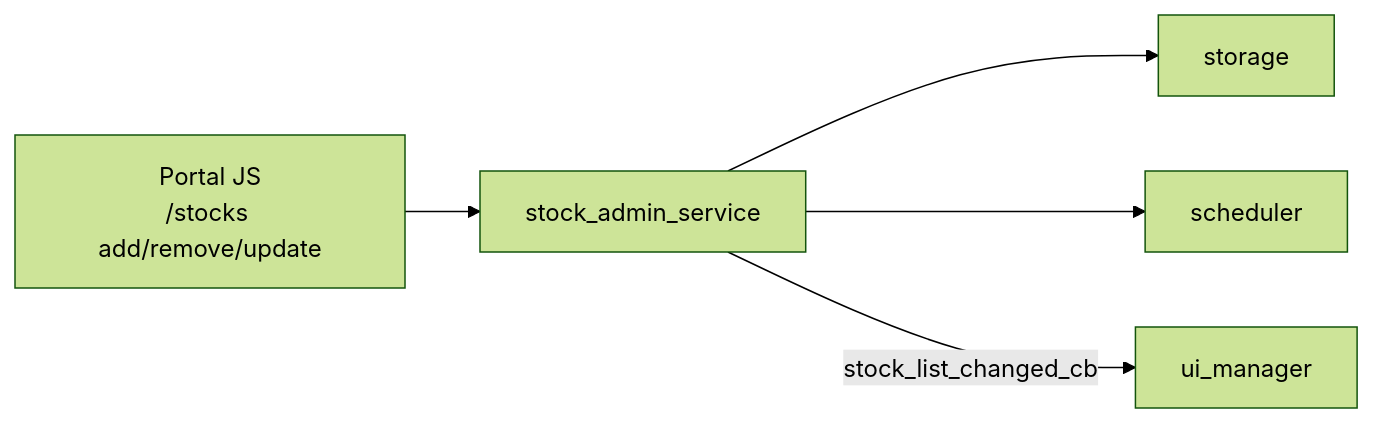
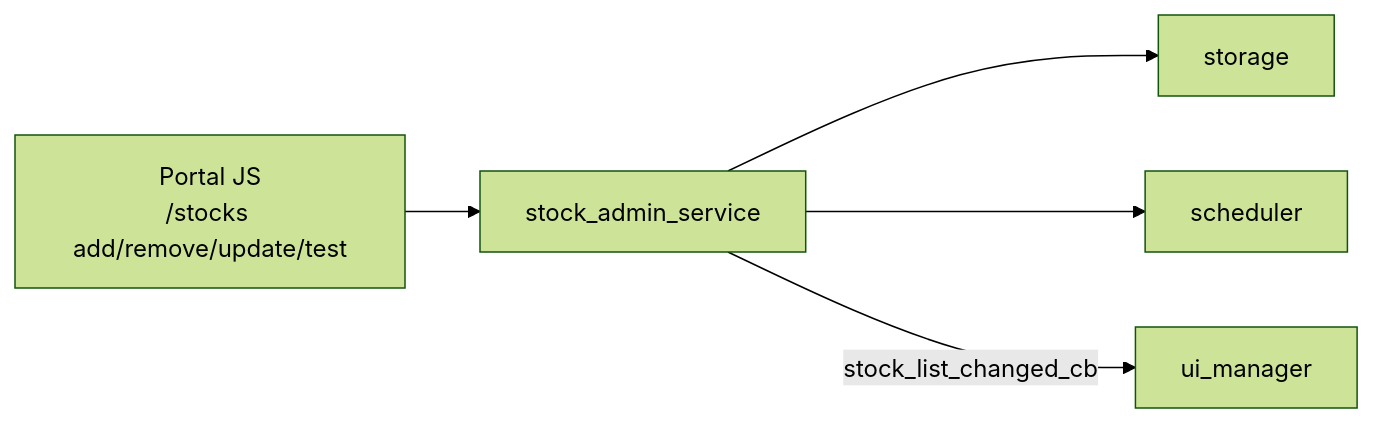
Before and after one commit to 8loser/m5stack-stock: the sixth of 6 diagrams in docs/architecture_dataflow.md, drawn with Mermaid (forest theme). The commit also changed other lines of this file and 9 other files, not shown here.

Commit message:
feat: add stocks AI+Telegram test flow with loading overlay

````diff
--- a/docs/architecture_dataflow.md
+++ b/docs/architecture_dataflow.md
@@ -117,12 +118,12 @@
 ```mermaid
 flowchart LR
-    WEB[Portal JS<br/>/stocks add/remove/update]
+    WEB[Portal JS<br/>/stocks add/remove/update/test]
     API[stock_admin_service]
     ST[storage]
     SCH[scheduler]
     UI[ui_manager]
 
     WEB --> API --> ST
     API --> SCH
     API -->|stock_list_changed_cb| UI
 ```
````
